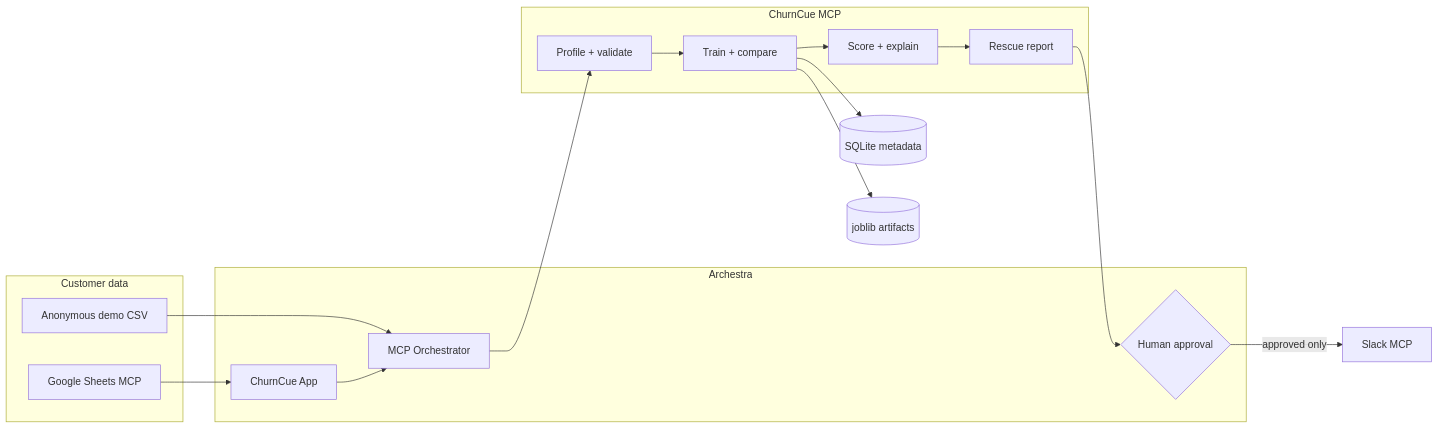
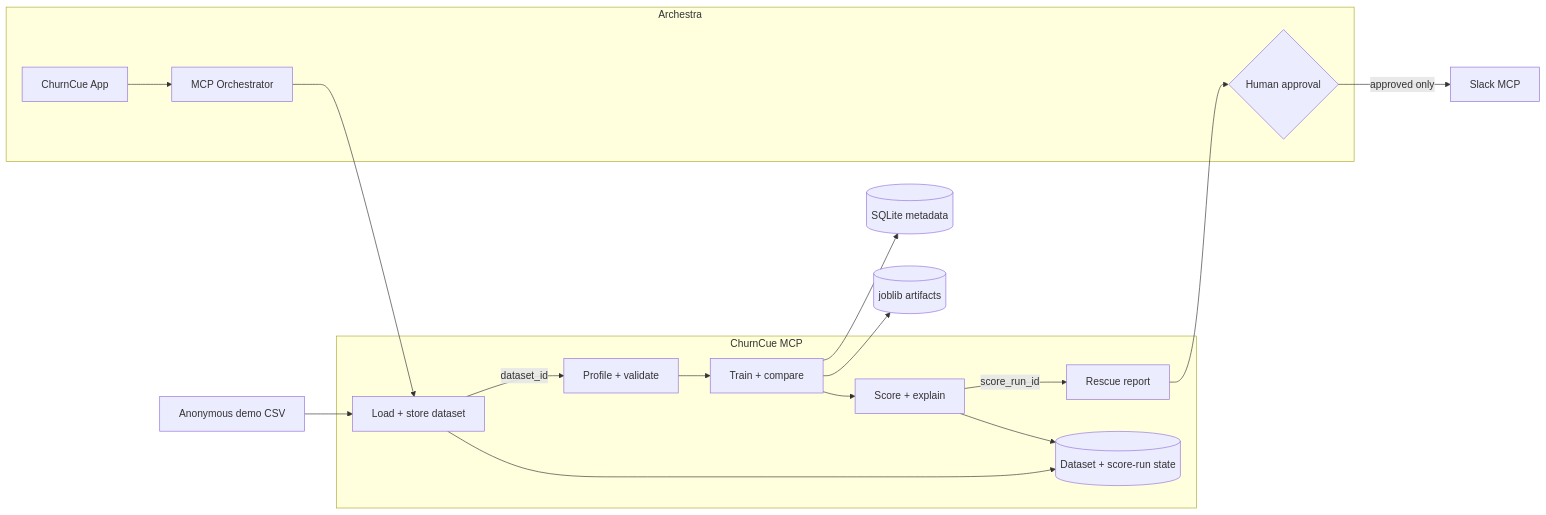
Before and after one commit to Bhaktabahadurthapa/ChurnCue: the diagram in README.md, drawn with Mermaid. The commit also changed other lines of this file and 11 other files, not shown here.

````diff
--- a/README.md
+++ b/README.md
@@ -47,28 +47,30 @@
 ```mermaid
 flowchart LR
-  subgraph Sources[Customer data]
-    Sheets[Google Sheets MCP]
-    Demo[Anonymous demo CSV]
-  end
+  Demo[Anonymous demo CSV]
 
   subgraph Archestra[Archestra]
     App[ChurnCue App]
     Orchestrator[MCP Orchestrator]
     Approval{Human approval}
   end
 
   subgraph Service[ChurnCue MCP]
+    Load[Load + store dataset]
     Profile[Profile + validate]
     Train[Train + compare]
     Score[Score + explain]
     Report[Rescue report]
+    Runtime[(Dataset + score-run state)]
   end
 
-  Sheets --> App
-  Demo --> Orchestrator
-  App --> Orchestrator --> Profile --> Train --> Score --> Report
+  Demo --> Load
+  App --> Orchestrator --> Load
+  Load -->|dataset_id| Profile --> Train --> Score
+  Score -->|score_run_id| Report
+  Load --> Runtime
+  Score --> Runtime
   Train --> Metadata[(SQLite metadata)]
   Train --> Artifacts[(joblib artifacts)]
   Report --> Approval
   Approval -->|approved only| Slack[Slack MCP]
 ```
````
